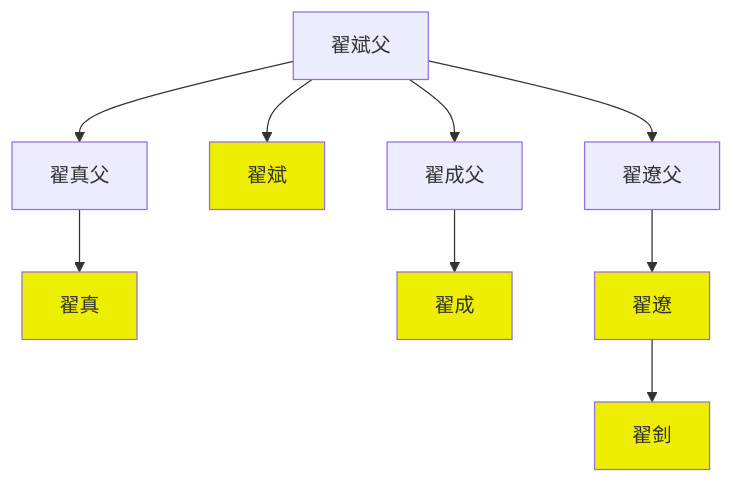
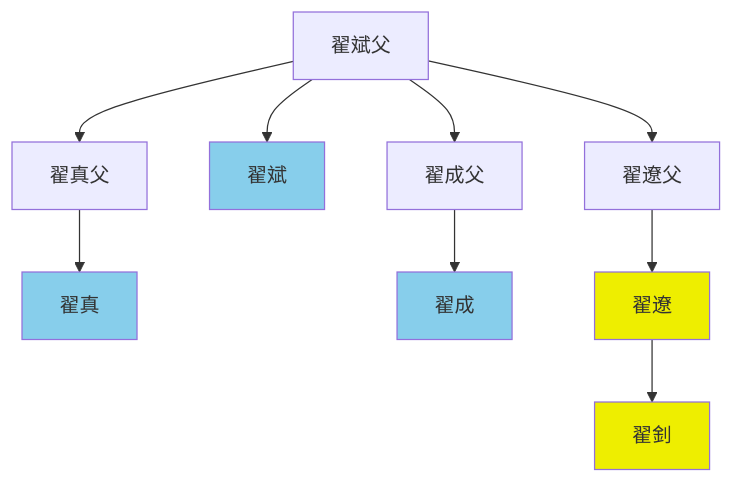
Before and after one commit to gamefang/zizhitongjian: the second of 2 diagrams in 2_世系圖表/2.2_并立政權/晉/翟魏世系圖表.md, drawn with Mermaid. The commit also changed 7 other files, not shown here.

````diff
--- a/2_世系圖表/2.2_并立政權/晉/翟魏世系圖表.md
+++ b/2_世系圖表/2.2_并立政權/晉/翟魏世系圖表.md
@@ -21,17 +21,20 @@
 ```mermaid
 graph TB
 
 翟斌父-->翟真父
 翟斌父-->翟斌
 翟斌父-->翟成父
 翟斌父-->翟遼父
 
 翟真父-->翟真
 翟成父-->翟成
 翟遼父-->翟遼
 
 翟遼-->翟釗
 
+classDef dingling fill:#87CEEB
+class 翟斌,翟真,翟成 dingling
+
 classDef king fill:#EEEE00
-class 翟斌,翟真,翟成,翟遼,翟釗 king
+class 翟遼,翟釗 king
 ```
````
